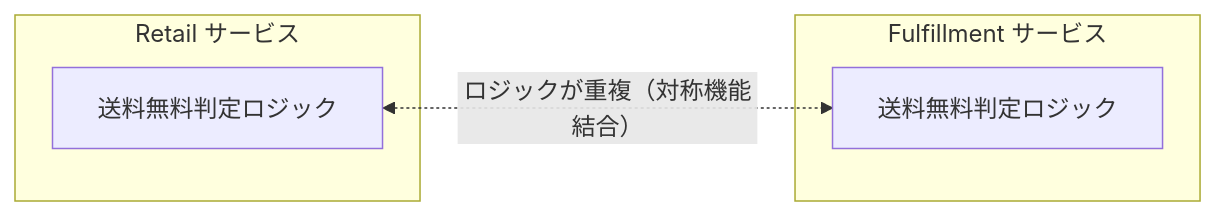
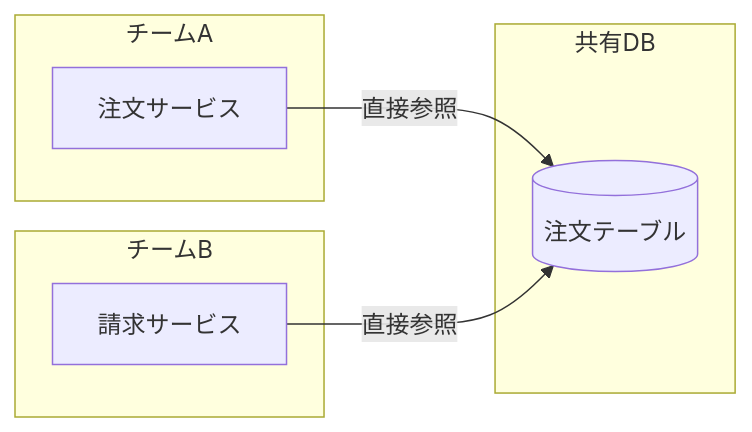
Before and after one commit to gn-t-k/zenn-content: the third of 7 diagrams in articles/0fef0bb54d528d.md, drawn with Mermaid. The commit also changed other lines of this file, not shown here.

````diff
--- a/articles/0fef0bb54d528d.md
+++ b/articles/0fef0bb54d528d.md
@@ -78,10 +259,14 @@
 ```mermaid
 flowchart LR
-    subgraph retail["Retail サービス"]
-        r["送料無料判定ロジック"]
+    subgraph teamA["チームA"]
+        order["注文サービス"]
     end
-    subgraph fulfillment["Fulfillment サービス"]
-        f["送料無料判定ロジック"]
+    subgraph teamB["チームB"]
+        billing["請求サービス"]
     end
-    r <-. "ロジックが重複（対称機能結合）" .-> f
+    subgraph shared["共有DB"]
+        db[("注文テーブル")]
+    end
+    order -- "直接参照" --> db
+    billing -- "直接参照" --> db
 ```
````
